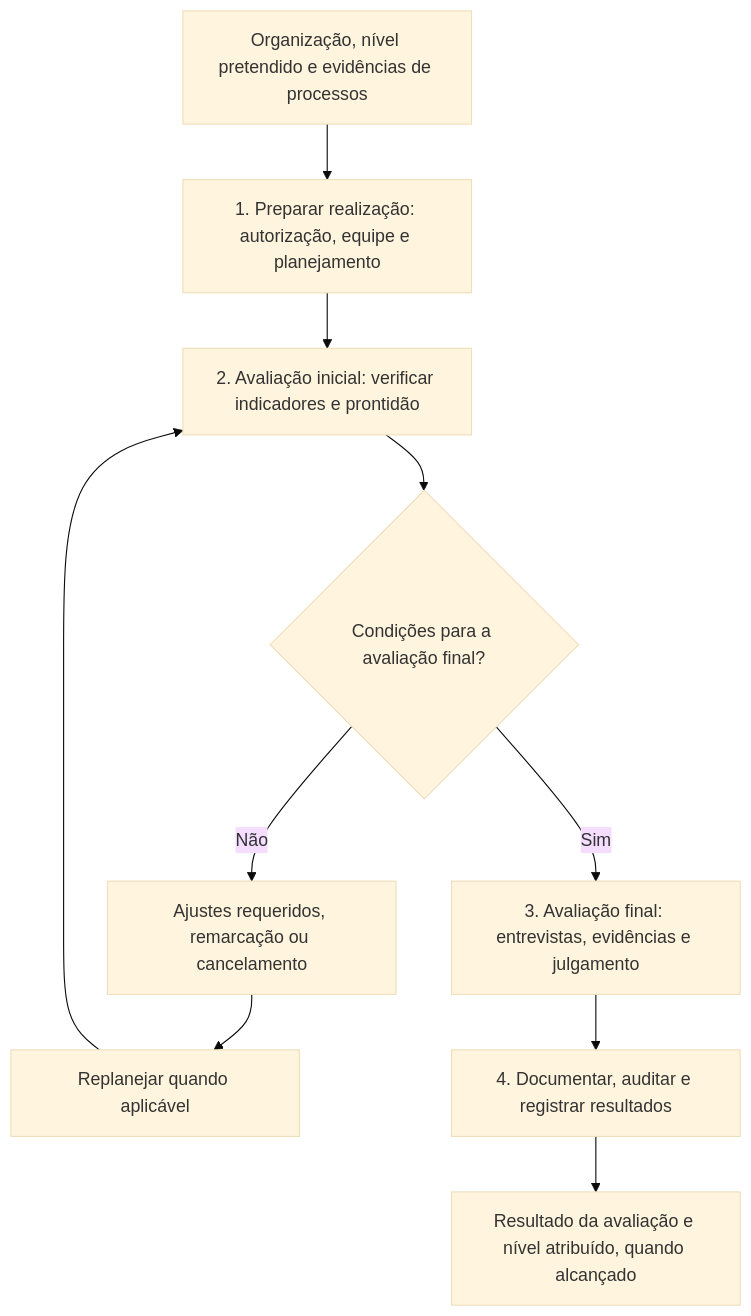
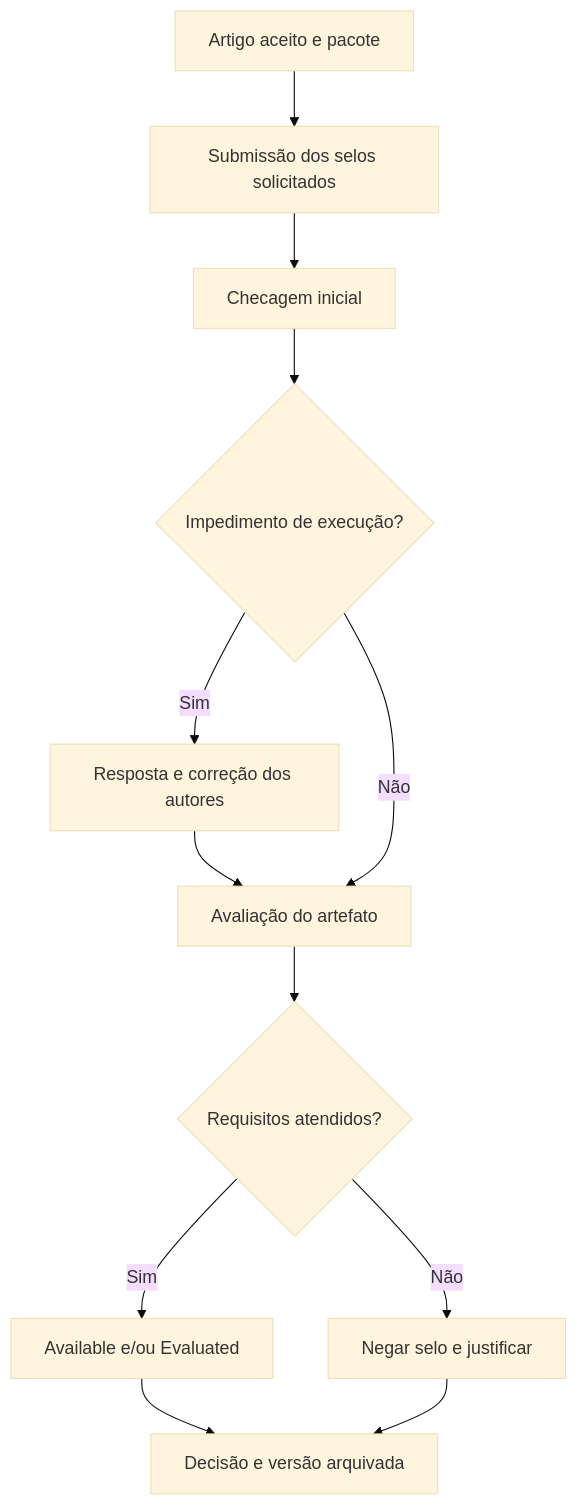
One commit to fernandomarquesaluno-svg/tarefa-6-avaliacao-de-artefatos changed the third of 3 diagrams in README.md. Above: the diagram before and after it, drawn with Mermaid (base theme). The commit also changed other lines of this file, not shown here.

Commit message:
Alinha Tarefa 6 a três processos de avaliação de artefatos com fluxogramas e fontes

````diff
--- a/README.md
+++ b/README.md
@@ -70,12 +53,14 @@
 ```mermaid
 flowchart TD
-    A[Organização, nível pretendido e evidências de processos] --> B[1. Preparar realização: autorização, equipe e planejamento]
-    B --> C[2. Avaliação inicial: verificar indicadores e prontidão]
-    C --> D{Condições para a avaliação final?}
-    D -- Não --> E[Ajustes requeridos, remarcação ou cancelamento]
-    E --> F[Replanejar quando aplicável]
-    F --> C
-    D -- Sim --> G[3. Avaliação final: entrevistas, evidências e julgamento]
-    G --> H[4. Documentar, auditar e registrar resultados]
-    H --> I[Resultado da avaliação e nível atribuído, quando alcançado]
+ A["Artigo aceito e pacote"] --> B["Submissão dos selos solicitados"]
+ B --> C["Checagem inicial"]
+ C --> D{"Impedimento de execução?"}
+ D -- Sim --> E["Resposta e correção dos autores"]
+ E --> F["Avaliação do artefato"]
+ D -- Não --> F
+ F --> G{"Requisitos atendidos?"}
+ G -- Sim --> H["Available e/ou Evaluated"]
+ G -- Não --> I["Negar selo e justificar"]
+ H --> J["Decisão e versão arquivada"]
+ I --> J
 ```
````
